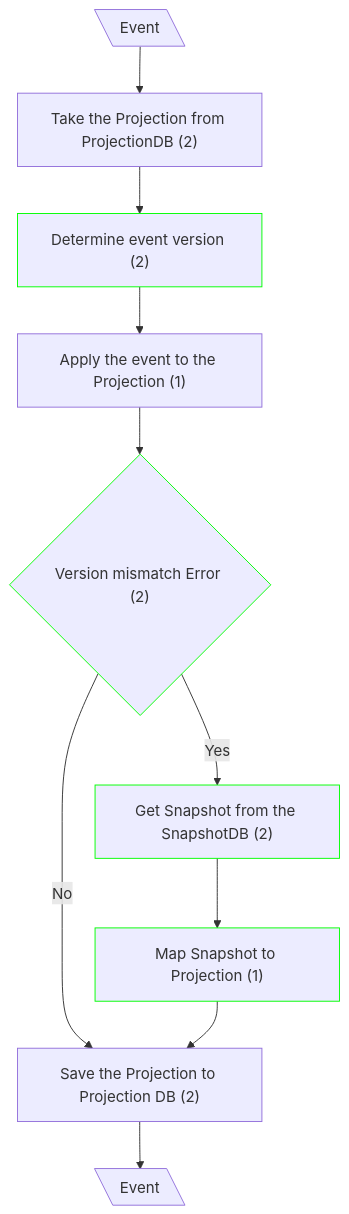
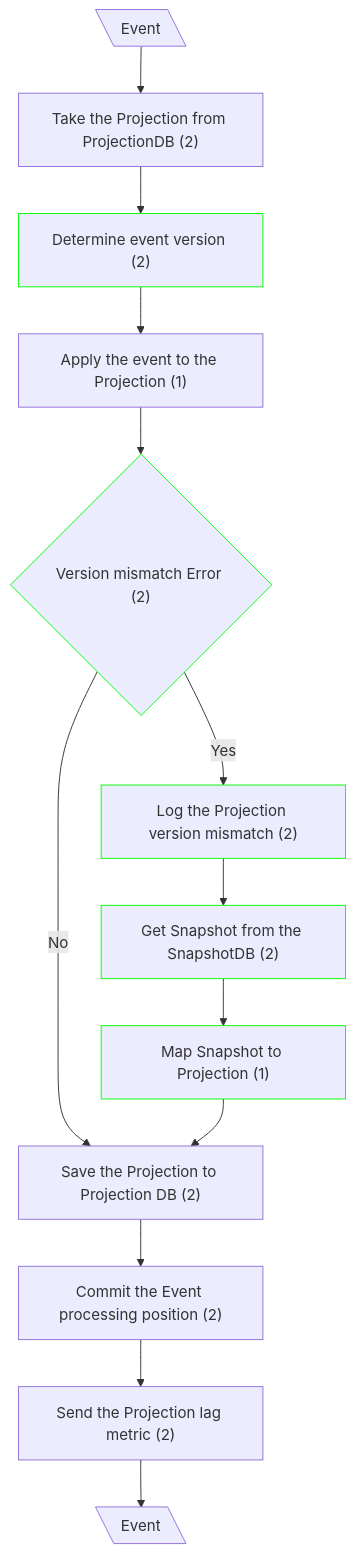
The second of 2 diagrams in docs/CF Complexity/Canonical CQRS -> mCQRS/eventual consistency.md (dmitryhruzin/CQRS-variations-test), drawn with Mermaid before and after one commit. The commit also changed other lines of this file and 21 other files, not shown here.

````diff
--- a/docs/CF Complexity/Canonical CQRS -> mCQRS/eventual consistency.md
+++ b/docs/CF Complexity/Canonical CQRS -> mCQRS/eventual consistency.md
@@ -17,14 +19,17 @@
 ```mermaid
 flowchart TD
   classDef mod stroke:#0f0
   A@{ shape: lean-l, label: "Event" }
   A --> B["Take the Projection from ProjectionDB (2)"]
   B --> C["Determine event version (2)"]:::mod
   C --> D["Apply the event to the Projection (1)"]
   D --> E{"Version mismatch Error (2)"}:::mod
   E --"No"--> F["Save the Projection to Projection DB (2)"]
-  E --Yes--> H["Get Snapshot from the SnapshotDB (2)"]:::mod
+  E --Yes--> LG["Log the Projection version mismatch (2)"]:::mod
+  LG --> H["Get Snapshot from the SnapshotDB (2)"]:::mod
   H --> L["Map Snapshot to Projection (1)"]:::mod
   L --> F
-  F --> M@{ shape: lean-l, label: "Event" }
+  F --> CP["Commit the Event processing position (2)"]
+  CP --> MT["Send the Projection lag metric (2)"]
+  MT --> M@{ shape: lean-l, label: "Event" }
 ```
````
